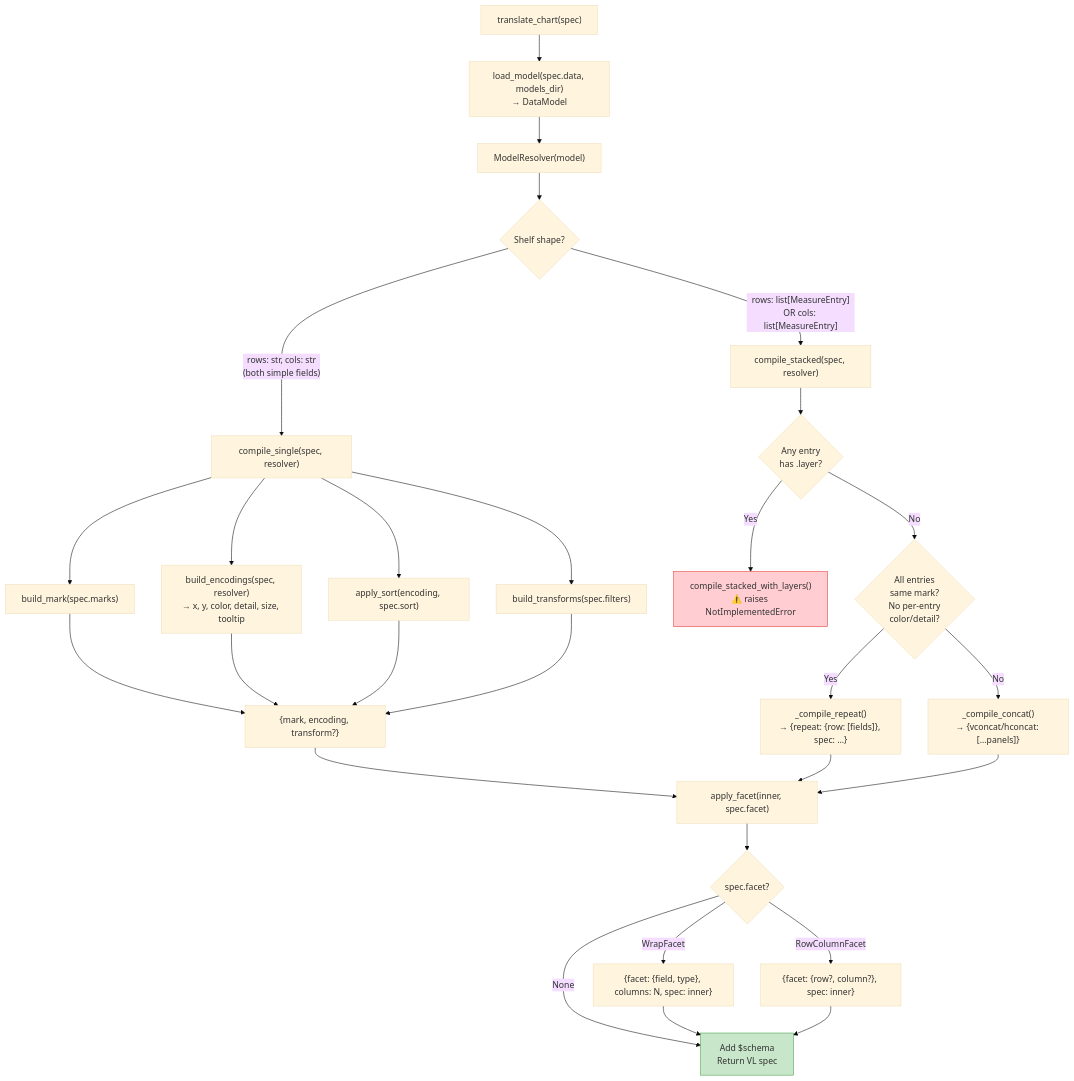
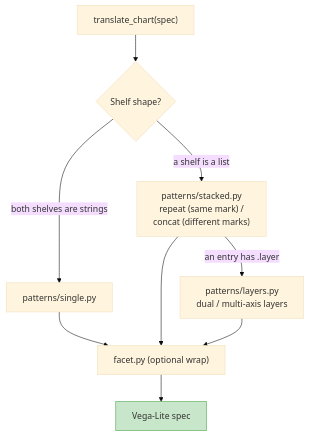
The second of 2 diagrams in docs/architecture-diagram.md (shelveshq/shelves), drawn with Mermaid (base theme) before and after one commit. The commit also changed other lines of this file and 8 other files, not shown here.

First line of the commit message:
docs: refresh CLAUDE.md files and architecture diagram for current scope (#53)

````diff
--- a/docs/architecture-diagram.md
+++ b/docs/architecture-diagram.md
@@ -357,46 +95,13 @@
 ```mermaid
 flowchart TD
-    START["translate_chart(spec)"] --> LOAD_MODEL["load_model(spec.data, models_dir)<br/>→ DataModel"]
-    LOAD_MODEL --> CREATE_MR["ModelResolver(model)"]
-    CREATE_MR --> ROUTE
+    START["translate_chart(spec)"] --> ROUTE{"Shelf shape?"}
+    ROUTE -->|"both shelves are strings"| SINGLE["patterns/single.py"]
+    ROUTE -->|"a shelf is a list"| STACKED["patterns/stacked.py<br/>repeat (same mark) /<br/>concat (different marks)"]
+    STACKED -->|"an entry has .layer"| LAYERS["patterns/layers.py<br/>dual / multi-axis layers"]
+    SINGLE --> FACET["facet.py (optional wrap)"]
+    STACKED --> FACET
+    LAYERS --> FACET
+    FACET --> OUT["Vega-Lite spec"]
 
-    ROUTE{"Shelf shape?"}
-
-    ROUTE -->|"rows: str, cols: str<br/>(both simple fields)"| SINGLE["compile_single(spec, resolver)"]
-
-    ROUTE -->|"rows: list[MeasureEntry]<br/>OR cols: list[MeasureEntry]"| STACKED["compile_stacked(spec, resolver)"]
-
-    SINGLE --> S_MARK["build_mark(spec.marks)"]
-    SINGLE --> S_ENC["build_encodings(spec, resolver)<br/>→ x, y, color, detail, size, tooltip"]
-    SINGLE --> S_SORT["apply_sort(encoding, spec.sort)"]
-    SINGLE --> S_FILT["build_transforms(spec.filters)"]
-    S_MARK --> SINGLE_OUT["{mark, encoding, transform?}"]
-    S_ENC --> SINGLE_OUT
-    S_SORT --> SINGLE_OUT
-    S_FILT --> SINGLE_OUT
-
-    STACKED --> HAS_LAYERS{"Any entry<br/>has .layer?"}
-
-    HAS_LAYERS -->|Yes| LAYERS["compile_stacked_with_layers()<br/>⚠️ raises NotImplementedError"]
-
-    HAS_LAYERS -->|No| SAME_MARK{"All entries<br/>same mark?<br/>No per-entry<br/>color/detail?"}
-
-    SAME_MARK -->|Yes| REPEAT["_compile_repeat()<br/>→ {repeat: {row: [fields]}, spec: ...}"]
-    SAME_MARK -->|No| CONCAT["_compile_concat()<br/>→ {vconcat/hconcat: [...panels]}"]
-
-    SINGLE_OUT --> FACET
-    REPEAT --> FACET
-    CONCAT --> FACET
-
-    FACET["apply_facet(inner, spec.facet)"]
-
-    FACET --> HAS_FACET{"spec.facet?"}
-    HAS_FACET -->|None| FINAL["Add $schema<br/>Return VL spec"]
-    HAS_FACET -->|WrapFacet| WRAP["{facet: {field, type}, columns: N, spec: inner}"]
-    HAS_FACET -->|RowColumnFacet| RC["{facet: {row?, column?}, spec: inner}"]
-    WRAP --> FINAL
-    RC --> FINAL
-
-    style LAYERS fill:#ffcdd2,stroke:#e53935
-    style FINAL fill:#c8e6c9,stroke:#43a047
+    style OUT fill:#c8e6c9,stroke:#43a047
 ```
````
